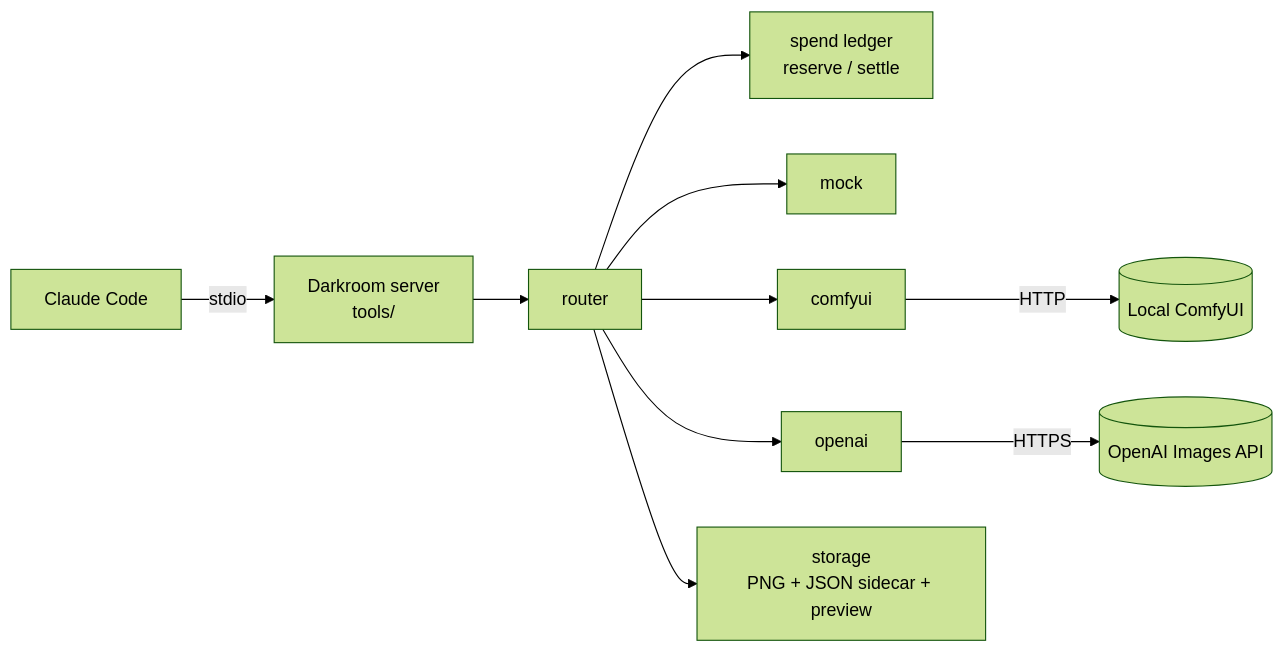
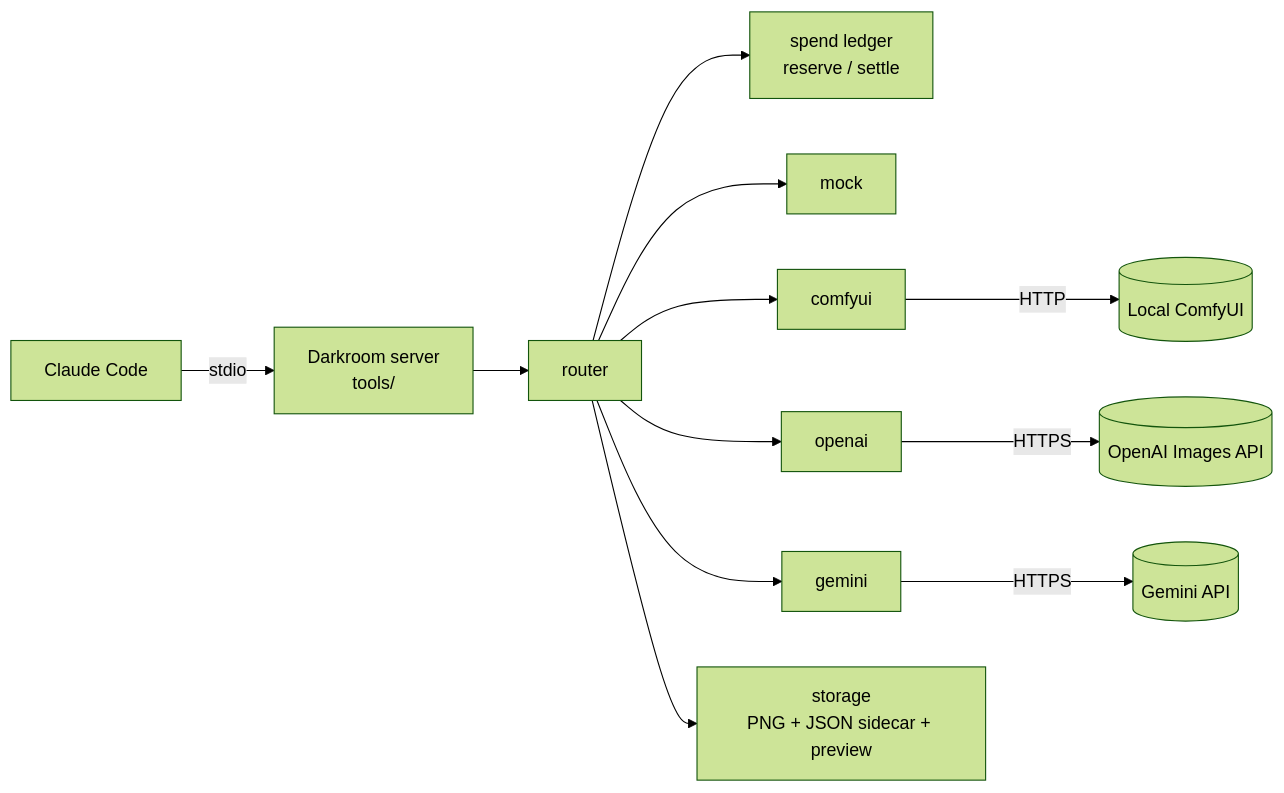
The diagram in README.md (Matthew-Nelson/darkroom-mcp), drawn with Mermaid (forest theme) before and after one commit. The commit also changed other lines of this file and 1 other file, not shown here.

First line of the commit message:
Document the Gemini provider, with a cost comparison across providers

````diff
--- a/README.md
+++ b/README.md
@@ -11,12 +11,14 @@
 ```mermaid
 flowchart LR
   CC[Claude Code] -- stdio --> S[Darkroom server<br/>tools/]
   S --> R[router]
   R --> L[spend ledger<br/>reserve / settle]
   R --> P1[mock]
   R --> P2[comfyui]
   R --> P3[openai]
+  R --> P4[gemini]
   P2 -- HTTP --> C[(Local ComfyUI)]
   P3 -- HTTPS --> O[(OpenAI Images API)]
+  P4 -- HTTPS --> G[(Gemini API)]
   R --> ST[storage<br/>PNG + JSON sidecar + preview]
 ```
````
